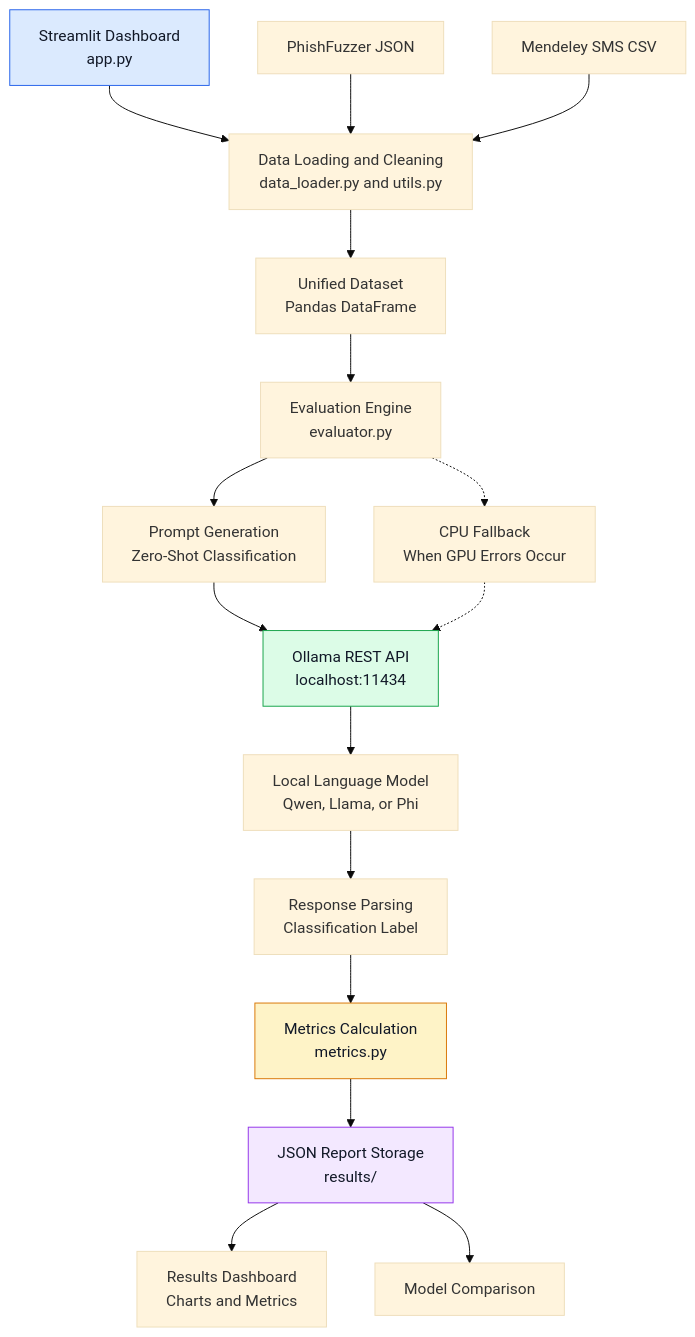
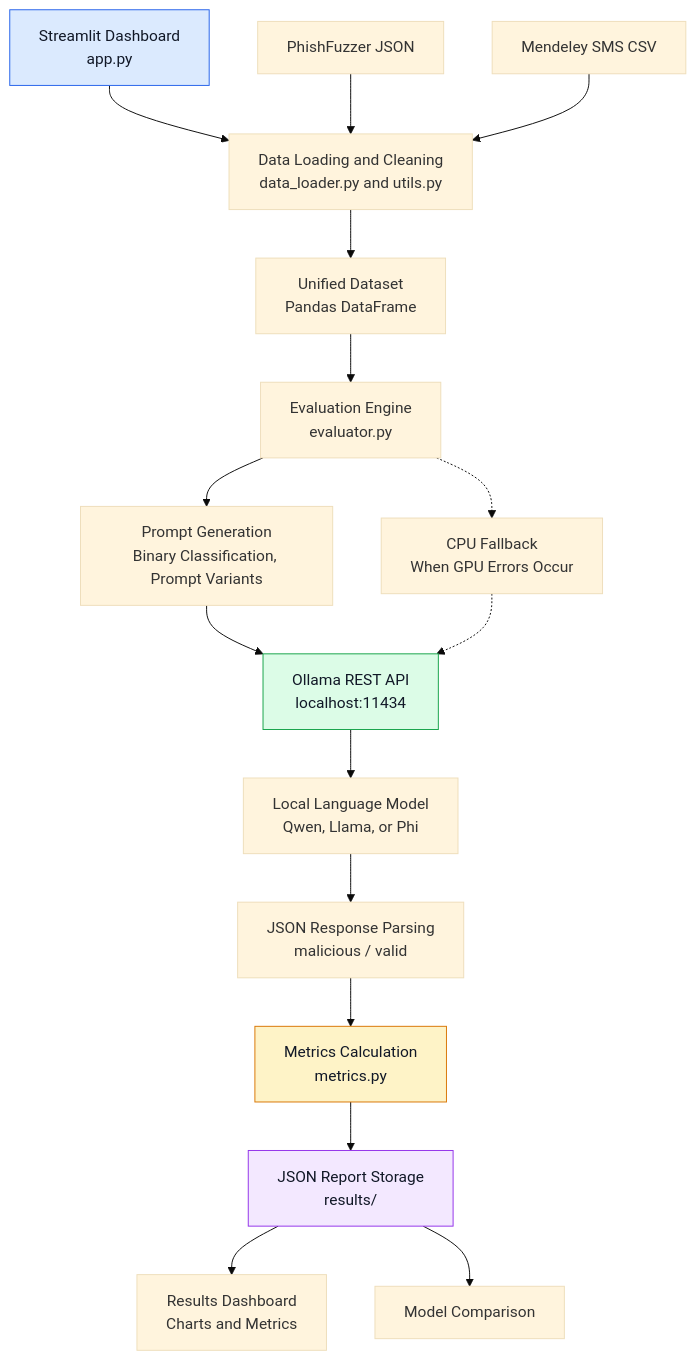
Before and after one commit to Wasumaster/markerPhish: the first of 3 diagrams in OVERVIEW.md, drawn with Mermaid (base theme). The commit also changed other lines of this file and 1 other file, not shown here.

````diff
--- a/OVERVIEW.md
+++ b/OVERVIEW.md
@@ -43,25 +43,25 @@
 ```mermaid
 flowchart TD
     A["Streamlit Dashboard<br/>app.py"] --> B["Data Loading and Cleaning<br/>data_loader.py and utils.py"]
     B --> C["Unified Dataset<br/>Pandas DataFrame"]
     C --> D["Evaluation Engine<br/>evaluator.py"]
-    D --> E["Prompt Generation<br/>Zero-Shot Classification"]
+    D --> E["Prompt Generation<br/>Binary Classification, Prompt Variants"]
     E --> F["Ollama REST API<br/>localhost:11434"]
     F --> G["Local Language Model<br/>Qwen, Llama, or Phi"]
-    G --> H["Response Parsing<br/>Classification Label"]
+    G --> H["JSON Response Parsing<br/>malicious / valid"]
     H --> I["Metrics Calculation<br/>metrics.py"]
     I --> J["JSON Report Storage<br/>results/"]
     J --> K["Results Dashboard<br/>Charts and Metrics"]
     J --> L["Model Comparison"]
 
     M["PhishFuzzer JSON"] --> B
     N["Mendeley SMS CSV"] --> B
 
     D -.-> O["CPU Fallback<br/>When GPU Errors Occur"]
     O -.-> F
 
     style A fill:#dbeafe,stroke:#2563eb,color:#111827
     style F fill:#dcfce7,stroke:#16a34a,color:#111827
     style I fill:#fef3c7,stroke:#d97706,color:#111827
     style J fill:#f3e8ff,stroke:#9333ea,color:#111827
 ```
````
